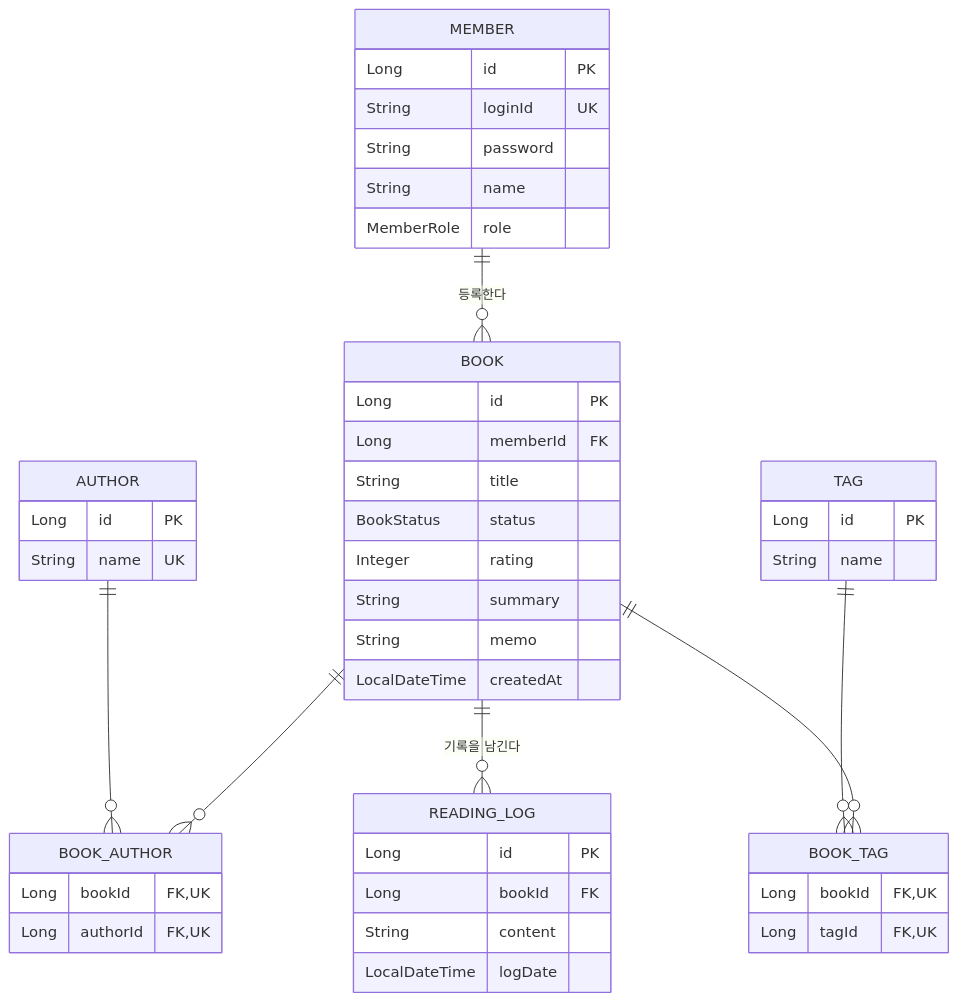
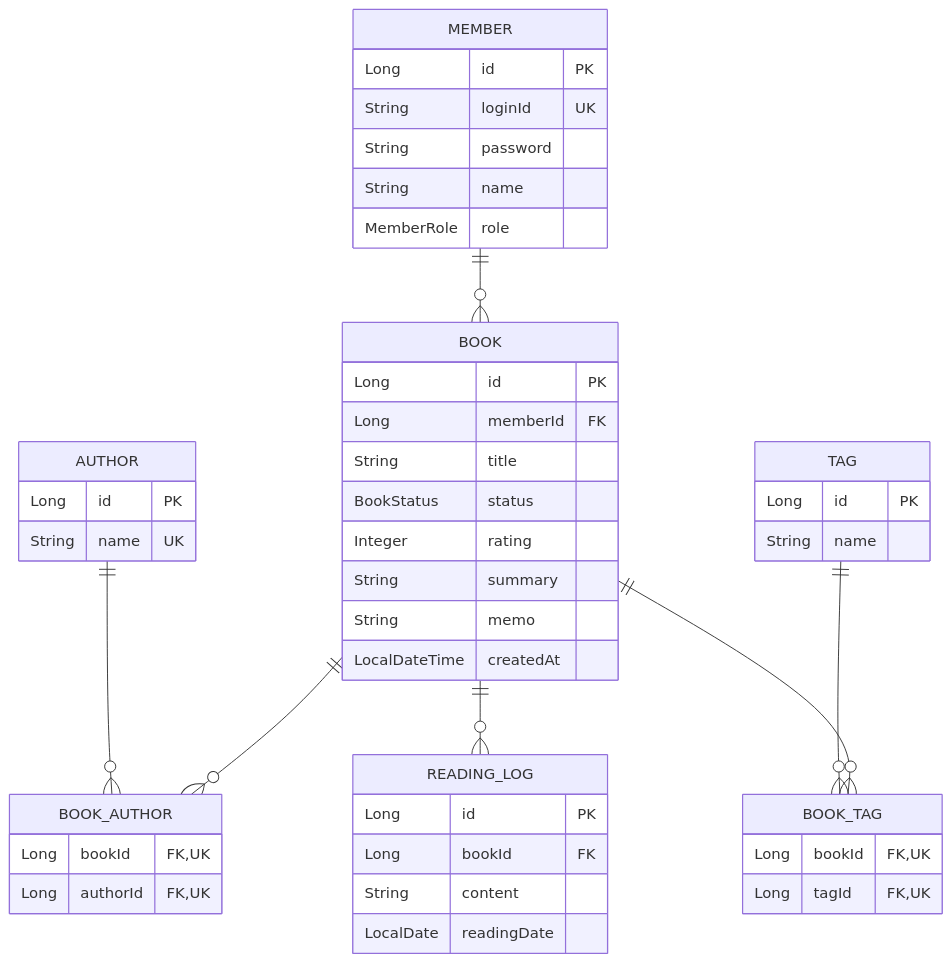
The diagram in README.md (soohyeon01/booklog), drawn with Mermaid before and after one commit. The commit also changed other lines of this file and 15 other files, not shown here.

````diff
--- a/README.md
+++ b/README.md
@@ -68,55 +68,55 @@
 ```mermaid
 erDiagram
     MEMBER {
         Long id PK
         String loginId UK
         String password
         String name
         MemberRole role
     }
 
     BOOK {
         Long id PK
         Long memberId FK
         String title
         BookStatus status
         Integer rating
         String summary
         String memo
         LocalDateTime createdAt
     }
 
     AUTHOR {
         Long id PK
         String name UK
     }
 
     BOOK_AUTHOR {
         Long bookId FK, UK
         Long authorId FK, UK
     }
 
     TAG {
         Long id PK
         String name
     }
 
     BOOK_TAG {
         Long bookId FK, UK
         Long tagId FK, UK
     }
 
     READING_LOG {
         Long id PK
         Long bookId FK
         String content
-        LocalDateTime logDate
+        LocalDate readingDate
     }
 
-    MEMBER ||--o{ BOOK : "등록한다"
+    MEMBER ||--o{ BOOK : ""
     BOOK ||--o{ BOOK_AUTHOR : ""
     AUTHOR ||--o{ BOOK_AUTHOR : ""
     BOOK ||--o{ BOOK_TAG : ""
     TAG ||--o{ BOOK_TAG : ""
-    BOOK ||--o{ READING_LOG : "기록을 남긴다"
+    BOOK ||--o{ READING_LOG : ""
 ```
````
